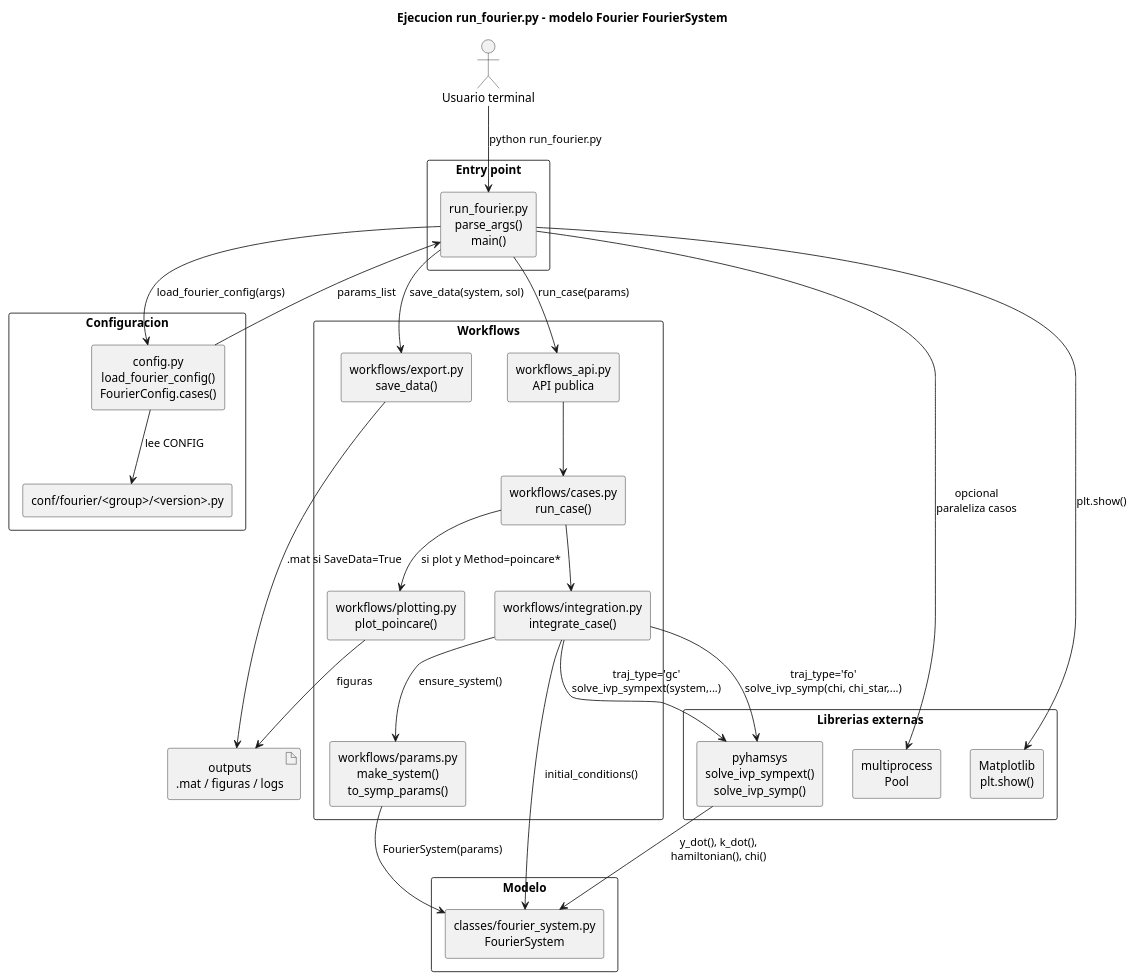
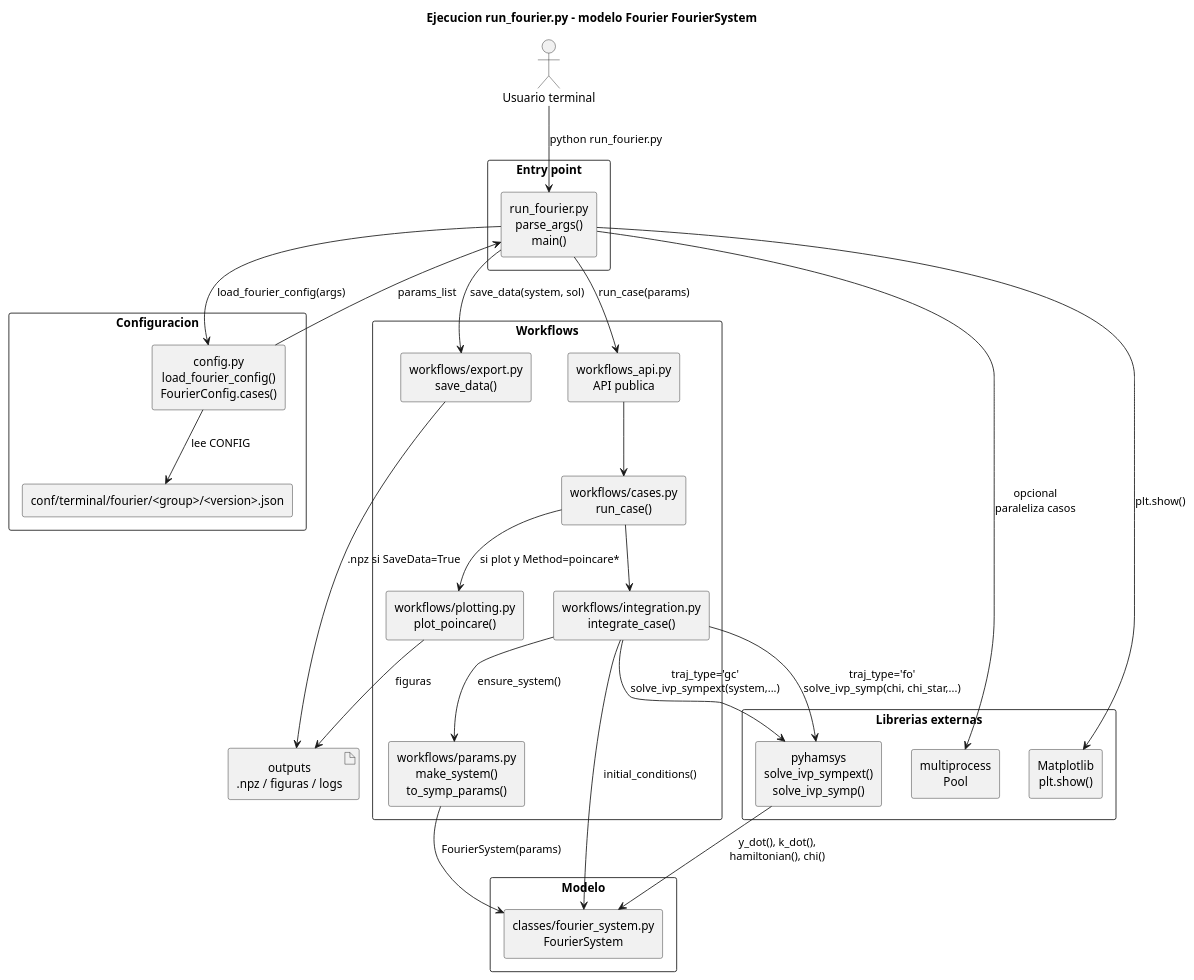
Before and after one commit to Jugibe-52/GC2D_intranet: the diagram in docs/fourier_execution/flow.puml, drawn with PlantUML. The commit also changed 37 other files, not shown here.

```diff
--- a/docs/fourier_execution/flow.puml
+++ b/docs/fourier_execution/flow.puml
@@ -1,64 +1,64 @@
 @startuml FourierSystem_execution_flow
 title Ejecucion run_fourier.py - modelo Fourier FourierSystem
 
 skinparam componentStyle rectangle
 skinparam shadowing false
 skinparam packageStyle rectangle
 skinparam defaultTextAlignment center
 
 actor "Usuario terminal" as user
 
 package "Entry point" {
   component "run_fourier.py\nparse_args()\nmain()" as cli
 }
 
 package "Configuracion" {
-  component "conf/fourier/<group>/<version>.py" as json
+  component "conf/terminal/fourier/<group>/<version>.json" as json
   component "config.py\nload_fourier_config()\nFourierConfig.cases()" as config
 }
 
 package "Workflows" {
   component "workflows_api.py\nAPI publica" as api
   component "workflows/params.py\nmake_system()\nto_symp_params()" as params
   component "workflows/cases.py\nrun_case()" as cases
   component "workflows/integration.py\nintegrate_case()" as integration
   component "workflows/export.py\nsave_data()" as export
   component "workflows/plotting.py\nplot_poincare()" as plotting
 }
 
 package "Modelo" {
   component "classes/fourier_system.py\nFourierSystem" as fourier_system
 }
 
 package "Librerias externas" {
   component "pyhamsys\nsolve_ivp_sympext()\nsolve_ivp_symp()" as pyhamsys
   component "multiprocess\nPool" as mp
   component "Matplotlib\nplt.show()" as mpl
 }
 
-artifact "outputs\n.mat / figuras / logs" as outputs
+artifact "outputs\n.npz / figuras / logs" as outputs
 
 user --> cli : python run_fourier.py
 cli --> config : load_fourier_config(args)
 config --> json : lee CONFIG
 config --> cli : params_list
 
 cli --> mp : opcional\nparaleliza casos
 cli --> api : run_case(params)
 api --> cases
 cases --> integration
 integration --> params : ensure_system()
 params --> fourier_system : FourierSystem(params)
 integration --> fourier_system : initial_conditions()
 
 integration --> pyhamsys : traj_type='gc'\nsolve_ivp_sympext(system,...)
 integration --> pyhamsys : traj_type='fo'\nsolve_ivp_symp(chi, chi_star,...)
 pyhamsys --> fourier_system : y_dot(), k_dot(),\nhamiltonian(), chi()
 
 cases --> plotting : si plot y Method=poincare*
 cli --> export : save_data(system, sol)
-export --> outputs : .mat si SaveData=True
+export --> outputs : .npz si SaveData=True
 plotting --> outputs : figuras
 cli --> mpl : plt.show()
 
 @enduml
```
